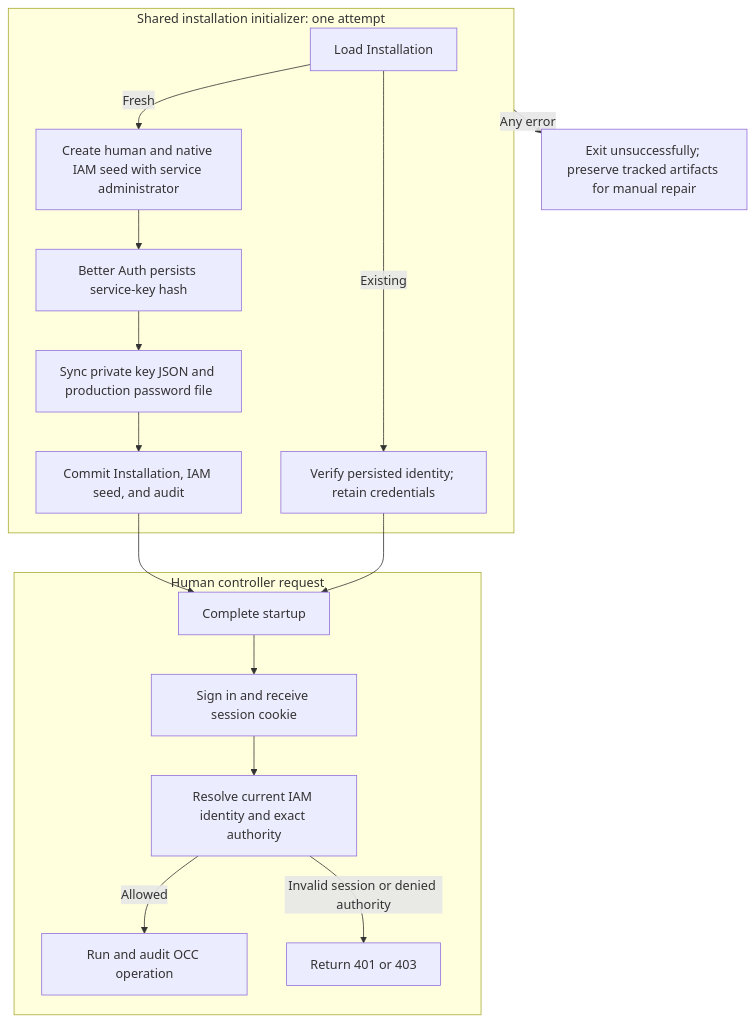
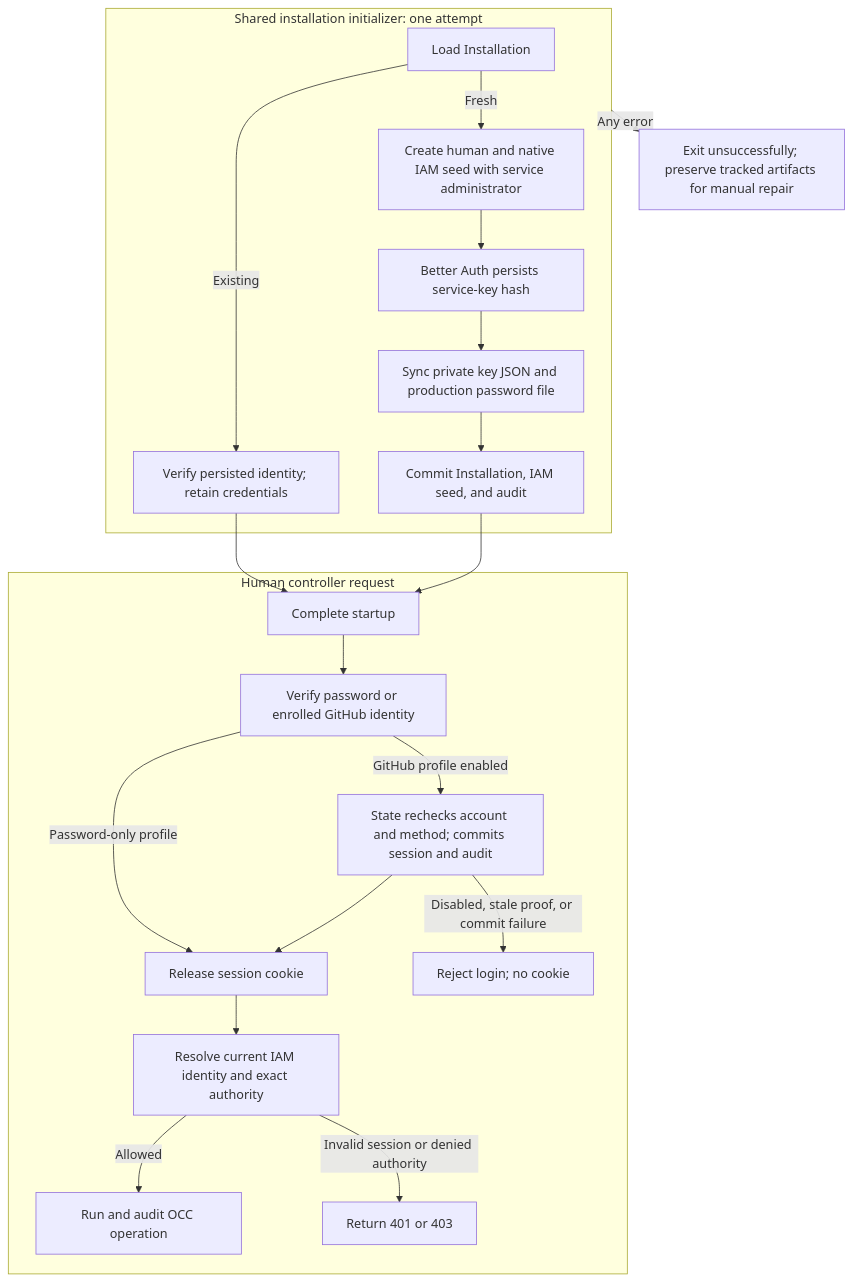
The diagram in docs/flows/local-password-authentication.md (IsaiahStapleton/openclaw-enterprise), drawn with Mermaid before and after one commit. The commit also changed other lines of this file and 41 other files, not shown here.

Commit message:
Add GitHub sign-in for existing OCE accounts on current authentication history

````diff
--- a/docs/flows/local-password-authentication.md
+++ b/docs/flows/local-password-authentication.md
@@ -34,19 +35,23 @@
 ```mermaid
 graph TD
   subgraph Bootstrap["Shared installation initializer: one attempt"]
     A["Load Installation"] -->|Existing| B["Verify persisted identity; retain credentials"]
     A -->|Fresh| C["Create human and native IAM seed with service administrator"]
     C --> D["Better Auth persists service-key hash"]
     D --> E["Sync private key JSON and production password file"]
     E --> F["Commit Installation, IAM seed, and audit"]
   end
   F --> G["Complete startup"]
   B --> G
   Bootstrap -->|Any error| H["Exit unsuccessfully; preserve tracked artifacts for manual repair"]
   subgraph Request["Human controller request"]
-    G --> J["Sign in and receive session cookie"]
+    G --> P["Verify password or enrolled GitHub identity"]
+    P -->|GitHub profile enabled| Q["State rechecks account and method; commits session and audit"]
+    Q --> J["Release session cookie"]
+    P -->|Password-only profile| J
+    Q -->|Disabled, stale proof, or commit failure| N["Reject login; no cookie"]
     J --> K["Resolve current IAM identity and exact authority"]
     K -->|Allowed| L["Run and audit OCC operation"]
     K -->|Invalid session or denied authority| M["Return 401 or 403"]
   end
 ```
````
